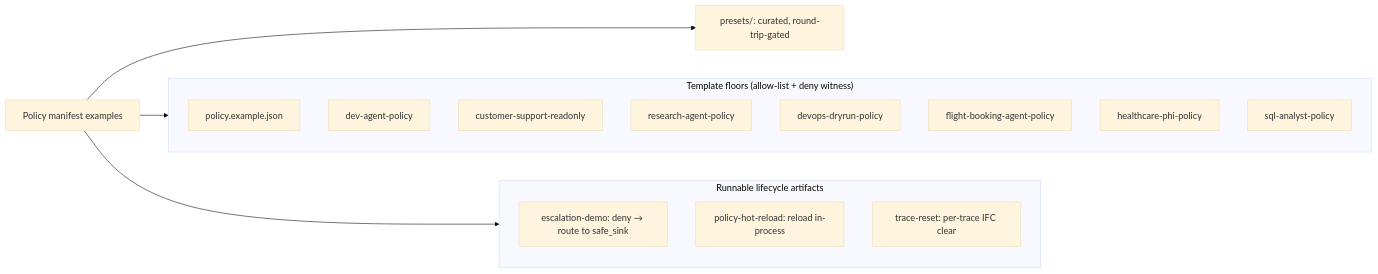
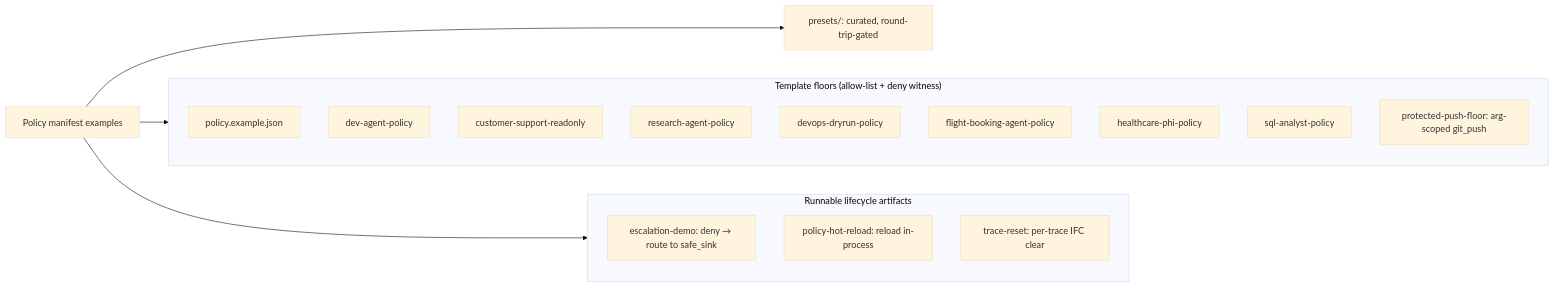
The diagram in examples/README.md (anthony-chaudhary/fak), drawn with Mermaid (base theme) before and after one commit. The commit also changed other lines of this file and 2 other files, not shown here.

````diff
--- a/examples/README.md
+++ b/examples/README.md
@@ -7,29 +7,30 @@
 ```mermaid
 flowchart LR
   IDX["Policy manifest examples"]
 
   subgraph SEC["Template floors (allow-list + deny witness)"]
     direction TB
     POL["policy.example.json"]
     DEV["dev-agent-policy"]
     CS["customer-support-readonly"]
     RES["research-agent-policy"]
     OPS2["devops-dryrun-policy"]
     FLT["flight-booking-agent-policy"]
     PHI["healthcare-phi-policy"]
     SQL["sql-analyst-policy"]
+    PRF["protected-push-floor: arg-scoped git_push"]
   end
 
   subgraph OPS["Runnable lifecycle artifacts"]
     direction TB
     ESC["escalation-demo: deny &rarr; route to safe_sink"]
     RLD["policy-hot-reload: reload in-process"]
     TR["trace-reset: per-trace IFC clear"]
   end
 
   PRE["presets/: curated, round-trip-gated"]
 
   IDX --> SEC
   IDX --> OPS
   IDX --> PRE
 ```
````
